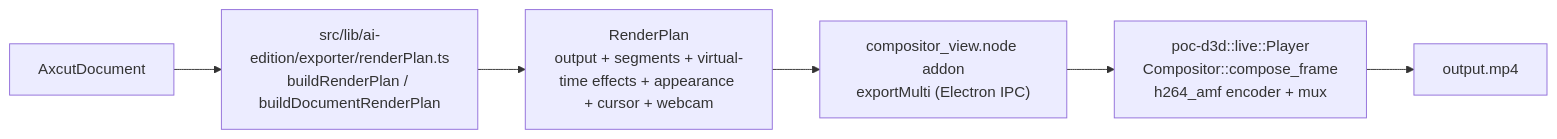
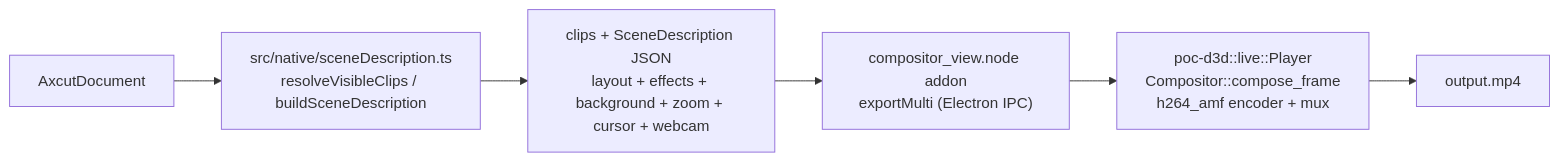
Before and after one commit to EtienneLescot/openscreen: the diagram in technical-documentation/architecture/export-pipeline.md, drawn with Mermaid. The commit also changed other lines of this file and 2 other files, not shown here.

````diff
--- a/technical-documentation/architecture/export-pipeline.md
+++ b/technical-documentation/architecture/export-pipeline.md
@@ -20,10 +19,10 @@
 ```mermaid
 flowchart LR
     DOC["AxcutDocument"]
-    TSD["src/lib/ai-edition/exporter/renderPlan.ts<br/>buildRenderPlan / buildDocumentRenderPlan"]
-    RP["RenderPlan<br/>output + segments + virtual-time effects + appearance + cursor + webcam"]
+    TSD["src/native/sceneDescription.ts<br/>resolveVisibleClips / buildSceneDescription"]
+    RP["clips + SceneDescription JSON<br/>layout + effects + background + zoom + cursor + webcam"]
     ADDON["compositor_view.node addon<br/>exportMulti (Electron IPC)"]
     NATIVE["poc-d3d::live::Player<br/>Compositor::compose_frame<br/>h264_amf encoder + mux"]
     FILE["output.mp4"]
     DOC --> TSD --> RP --> ADDON --> NATIVE --> FILE
 ```
````
